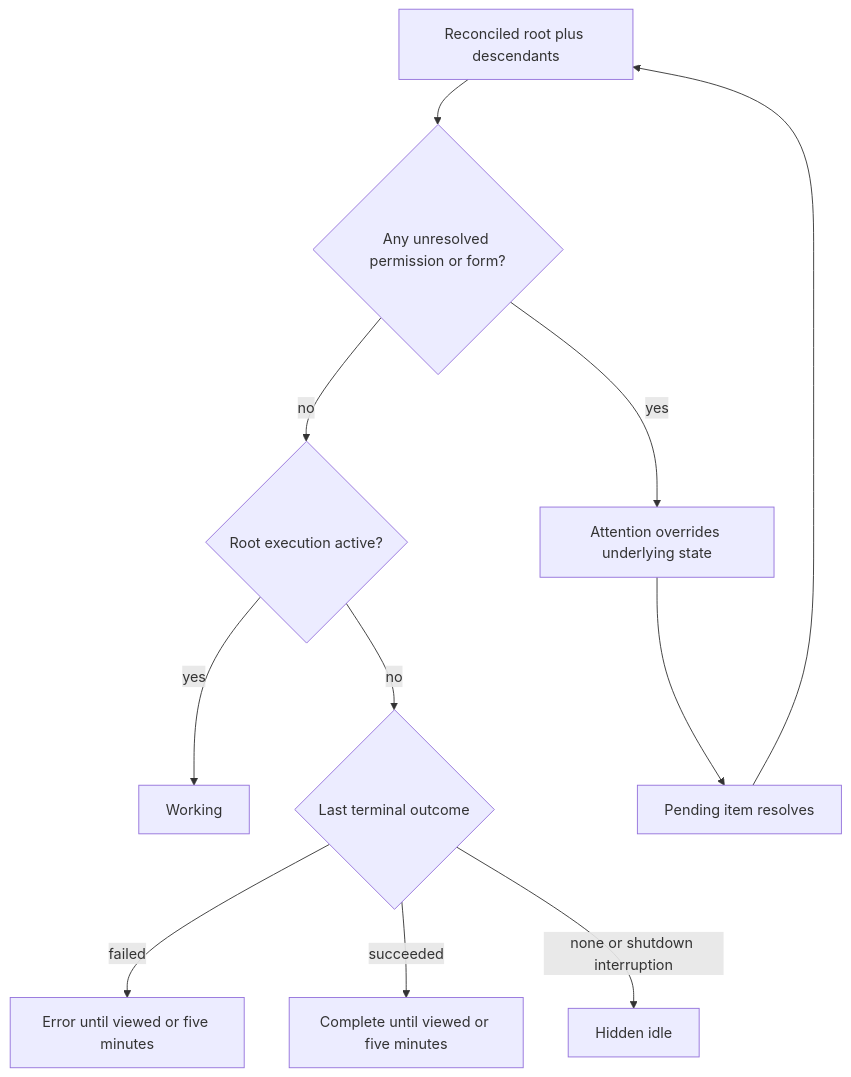
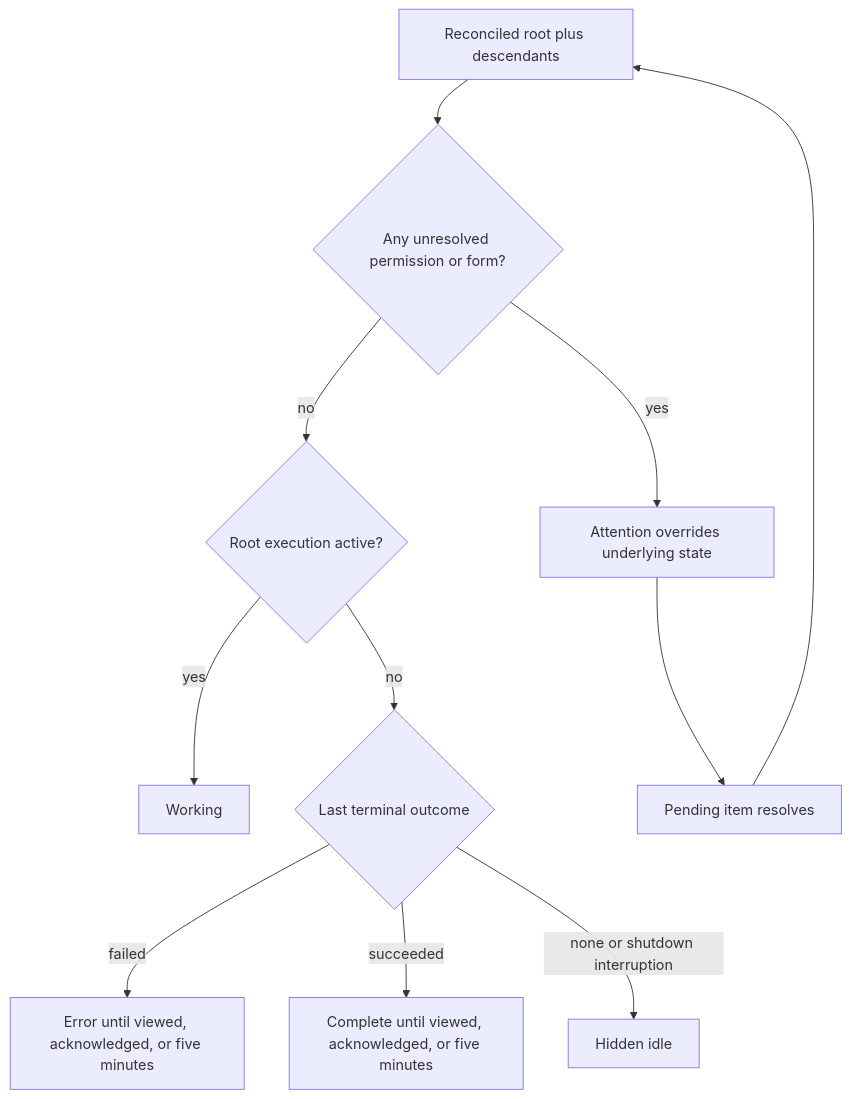
One commit to xonika9/agent-stream-deck changed the third of 6 diagrams in docs/plans/2026-09-17-2213-feat-unified-codex-opencode-queue-plan.md. Above: the diagram before and after it, drawn with Mermaid. The commit also changed other lines of this file and 10 other files, not shown here.

````diff
--- a/docs/plans/2026-09-17-2213-feat-unified-codex-opencode-queue-plan.md
+++ b/docs/plans/2026-09-17-2213-feat-unified-codex-opencode-queue-plan.md
@@ -261,13 +265,13 @@
 ```mermaid
 flowchart TD
   Snapshot[Reconciled root plus descendants] --> Pending{Any unresolved permission or form?}
   Pending -->|yes| Attention[Attention overrides underlying state]
   Pending -->|no| Active{Root execution active?}
   Active -->|yes| Working[Working]
   Active -->|no| Outcome{Last terminal outcome}
-  Outcome -->|failed| Error[Error until viewed or five minutes]
-  Outcome -->|succeeded| Complete[Complete until viewed or five minutes]
+  Outcome -->|failed| Error[Error until viewed, acknowledged, or five minutes]
+  Outcome -->|succeeded| Complete[Complete until viewed, acknowledged, or five minutes]
   Outcome -->|none or shutdown interruption| Idle[Hidden idle]
   Attention --> Resolve[Pending item resolves]
   Resolve --> Snapshot
 ```
````
